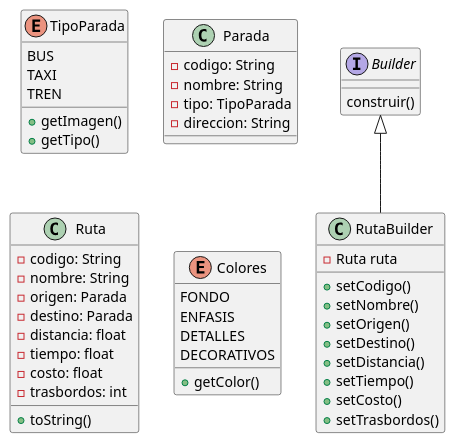
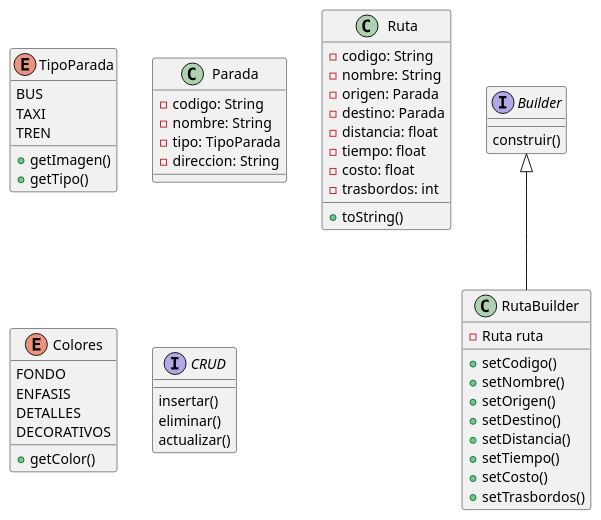
One commit to ByJuanRod/RutasTransporte changed the diagram in src/main/uml.puml. Above: the diagram before and after it, drawn with PlantUML. The commit also changed 9 other files, not shown here.

```diff
--- a/src/main/uml.puml
+++ b/src/main/uml.puml
@@ -1,59 +1,65 @@
 @startuml
 
 enum TipoParada{
     BUS
     TAXI
     TREN
 
     + getImagen()
     + getTipo()
 }
 
 interface Builder{
     construir()
 }
 
 class Parada{
     - codigo: String
     - nombre: String
     - tipo: TipoParada
     - direccion: String
 }
 
 class Ruta{
     - codigo: String
     - nombre: String
     - origen: Parada
     - destino: Parada
     - distancia: float
     - tiempo: float
     - costo: float
     - trasbordos: int
 
     + toString()
 }
 
 class RutaBuilder{
     - Ruta ruta
     + setCodigo()
     + setNombre()
     + setOrigen()
     + setDestino()
     + setDistancia()
     + setTiempo()
     + setCosto()
     + setTrasbordos()
 }
 
 Builder <|-- RutaBuilder
 
 enum Colores{
     FONDO
     ENFASIS
     DETALLES
     DECORATIVOS
 
     + getColor()
 }
 
+interface CRUD{
+    insertar()
+    eliminar()
+    actualizar()
+}
+
 @enduml
```
